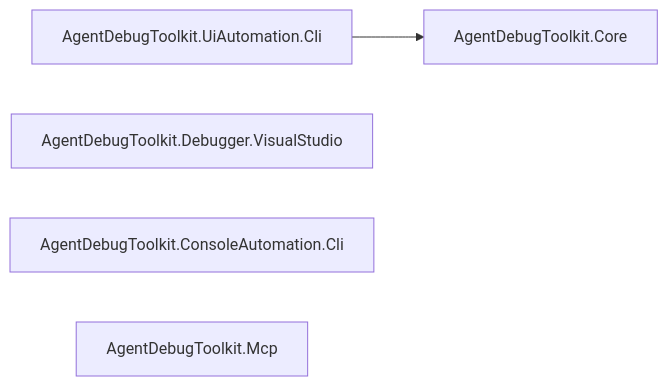
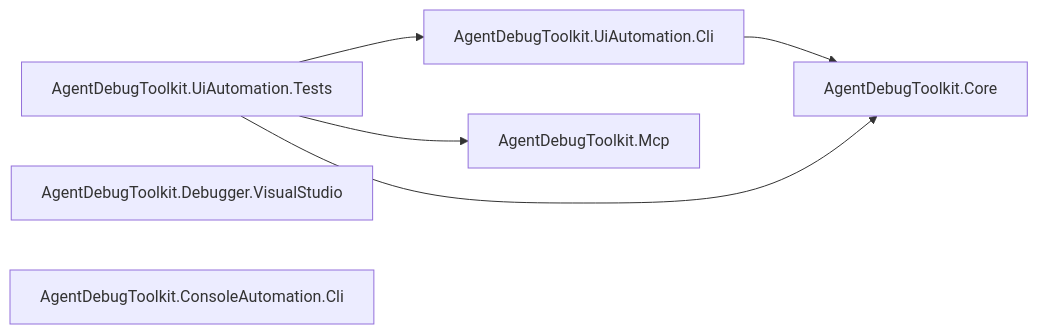
One commit to citsuresh/AgentDebugToolkit changed the diagram in docs/CODE_SUMMARY.md. Above: the diagram before and after it, drawn with Mermaid. The commit also changed 5 other files, not shown here.

Commit message:
Add toolkit publishing workflow and refresh project graph

````diff
--- a/docs/CODE_SUMMARY.md
+++ b/docs/CODE_SUMMARY.md
@@ -9,7 +9,9 @@
 ```mermaid
 graph LR
 	Ui[AgentDebugToolkit.UiAutomation.Cli] --> Core[AgentDebugToolkit.Core]
+	Tests[AgentDebugToolkit.UiAutomation.Tests] --> Core
+	Tests --> Mcp[AgentDebugToolkit.Mcp]
+	Tests --> Ui
 	Debugger[AgentDebugToolkit.Debugger.VisualStudio]
 	Console[AgentDebugToolkit.ConsoleAutomation.Cli]
-	Mcp[AgentDebugToolkit.Mcp]
 ```
````
